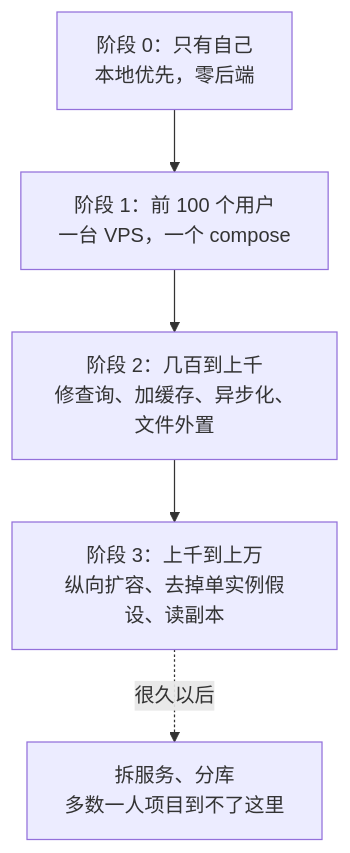
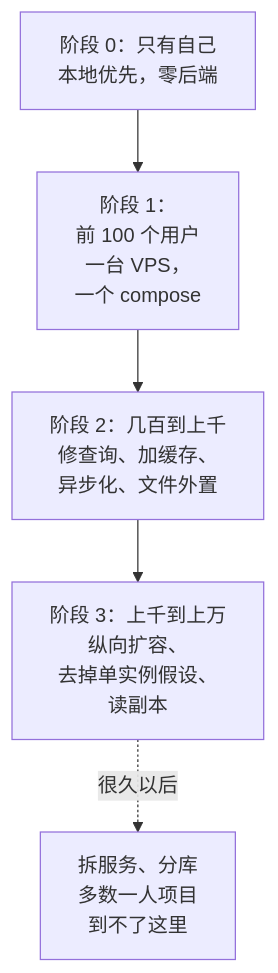
One commit to jarvis-pro/hatch-shelf changed the first of 2 diagrams in books/system-design/09-evolution.md. Above: the diagram before and after it, drawn with Mermaid. The commit also changed other lines of this file and 432 other files, not shown here.

````diff
--- a/books/system-design/09-evolution.md
+++ b/books/system-design/09-evolution.md
@@ -21,8 +21,8 @@
 ```mermaid
 flowchart TD
   S0["阶段 0：只有自己<br/>本地优先，零后端"] --> S1
-  S1["阶段 1：前 100 个用户<br/>一台 VPS，一个 compose"] --> S2
-  S2["阶段 2：几百到上千<br/>修查询、加缓存、异步化、文件外置"] --> S3
-  S3["阶段 3：上千到上万<br/>纵向扩容、去掉单实例假设、读副本"]
-  S3 -.很久以后.-> S4["拆服务、分库<br/>多数一人项目到不了这里"]
+  S1["阶段 1：<br/>前 100 个用户<br/>一台 VPS，<br/>一个 compose"] --> S2
+  S2["阶段 2：几百到上千<br/>修查询、加缓存、<br/>异步化、文件外置"] --> S3
+  S3["阶段 3：上千到上万<br/>纵向扩容、<br/>去掉单实例假设、<br/>读副本"]
+  S3 -.很久以后.-> S4["拆服务、分库<br/>多数一人项目<br/>到不了这里"]
 ```
````
